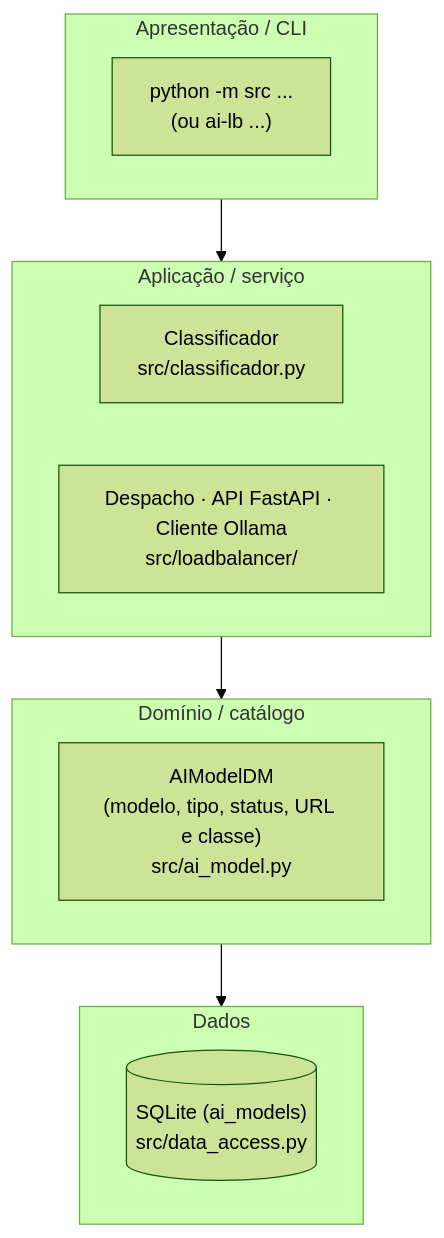
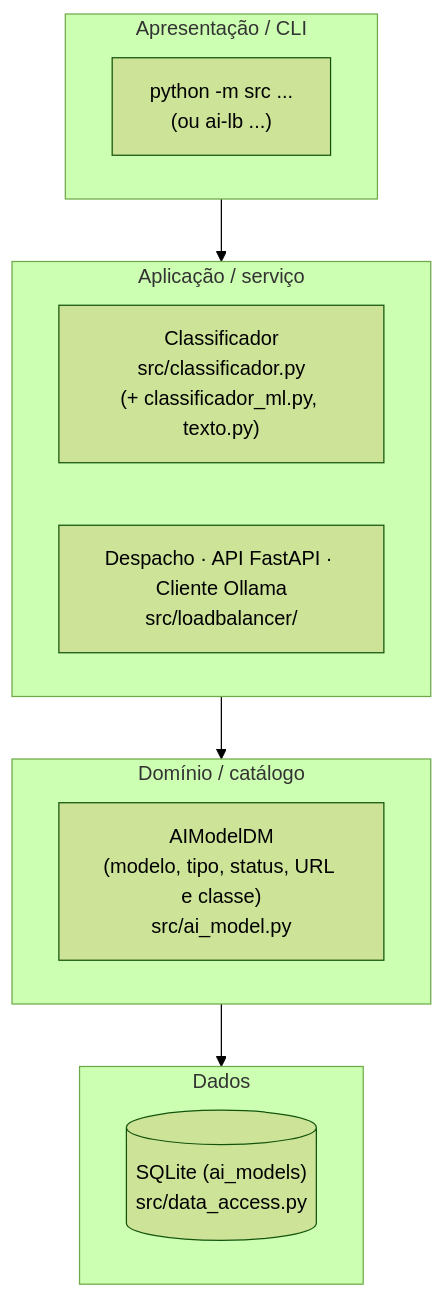
One commit to arturmartinho/Trabalho-Interdiciplinar-5 changed the first of 2 diagrams in README.md. Above: the diagram before and after it, drawn with Mermaid (forest theme). The commit also changed other lines of this file and 32 other files, not shown here.

````diff
--- a/README.md
+++ b/README.md
@@ -41,23 +41,23 @@
 ```mermaid
 flowchart TB
     subgraph APRESENTACAO["Apresentação / CLI"]
         CLI["python -m src ...<br/>(ou ai-lb ...)"]
     end
 
     subgraph APLICACAO["Aplicação / serviço"]
-        CLASS["Classificador<br/>src/classificador.py"]
+        CLASS["Classificador<br/>src/classificador.py<br/>(+ classificador_ml.py, texto.py)"]
         LB["Despacho · API FastAPI · Cliente Ollama<br/>src/loadbalancer/"]
     end
 
     subgraph DOMINIO["Domínio / catálogo"]
         DM["AIModelDM<br/>(modelo, tipo, status, URL e classe)<br/>src/ai_model.py"]
     end
 
     subgraph DADOS["Dados"]
         SQL[("SQLite (ai_models)<br/>src/data_access.py")]
     end
 
     APRESENTACAO --> APLICACAO
     APLICACAO --> DOMINIO
     DOMINIO --> DADOS
 ```
````
